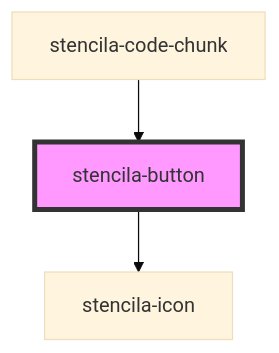
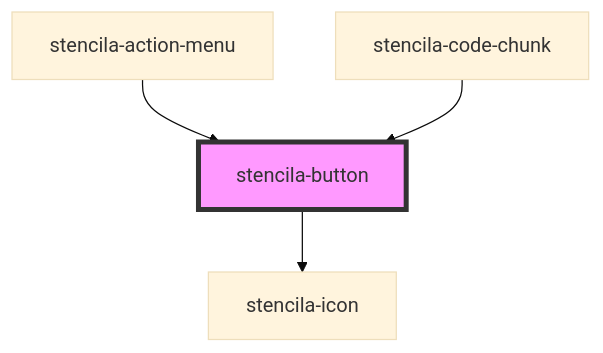
The diagram in packages/components/src/components/button/readme.md (stencila/designa), drawn with Mermaid (base theme) before and after one commit. The commit also changed other lines of this file and 2 other files, not shown here.

Commit message:
chore(Button): Simplify Button component interface and refine docs

````diff
--- a/packages/components/src/components/button/readme.md
+++ b/packages/components/src/components/button/readme.md
@@ -31,6 +34,7 @@
 ```mermaid
 graph TD;
   stencila-button --> stencila-icon
+  stencila-action-menu --> stencila-button
   stencila-code-chunk --> stencila-button
   style stencila-button fill:#f9f,stroke:#333,stroke-width:4px
 ```
````
